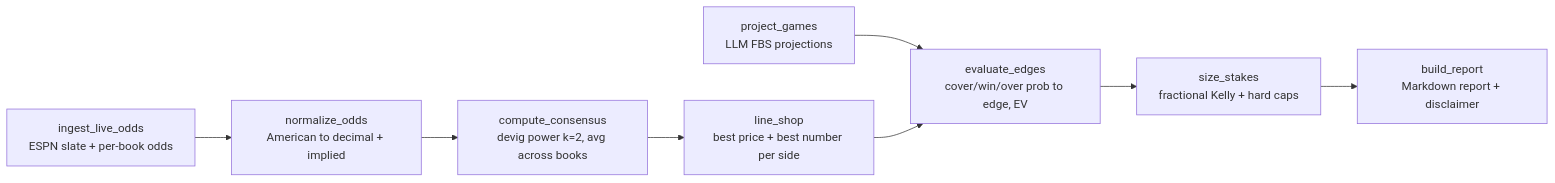
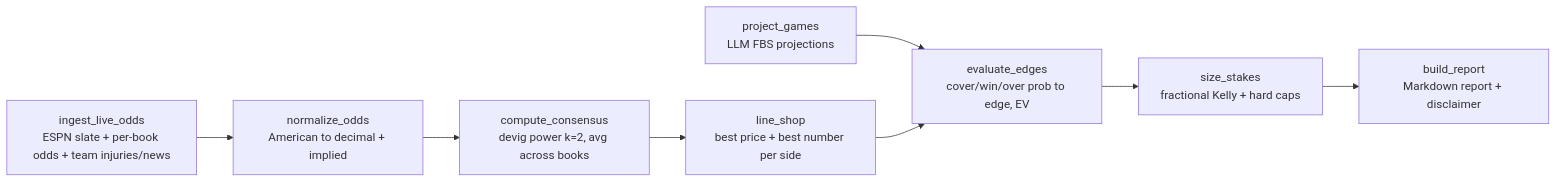
Before and after one commit to ThomsenDrake/crb-workflow: the diagram in README.md, drawn with Mermaid. The commit also changed other lines of this file and 7 other files, not shown here.

First line of the commit message:
feat: qualitative team context, per-game stake cap, breakeven odds, warnings

```diff
--- a/README.md
+++ b/README.md
@@ -27,10 +27,10 @@
 ~~~mermaid
 flowchart LR
-    A[ingest_live_odds<br/>ESPN slate + per-book odds] --> B[normalize_odds<br/>American to decimal + implied]
+    A[ingest_live_odds<br/>ESPN slate + per-book odds + team injuries/news] --> B[normalize_odds<br/>American to decimal + implied]
     B --> C[compute_consensus<br/>devig power k=2, avg across books]
     C --> D[line_shop<br/>best price + best number per side]
     E[project_games<br/>LLM FBS projections] --> F[evaluate_edges<br/>cover/win/over prob to edge, EV]
     D --> F
     F --> G[size_stakes<br/>fractional Kelly + hard caps]
     G --> H[build_report<br/>Markdown report + disclaimer]
 ~~~
```
